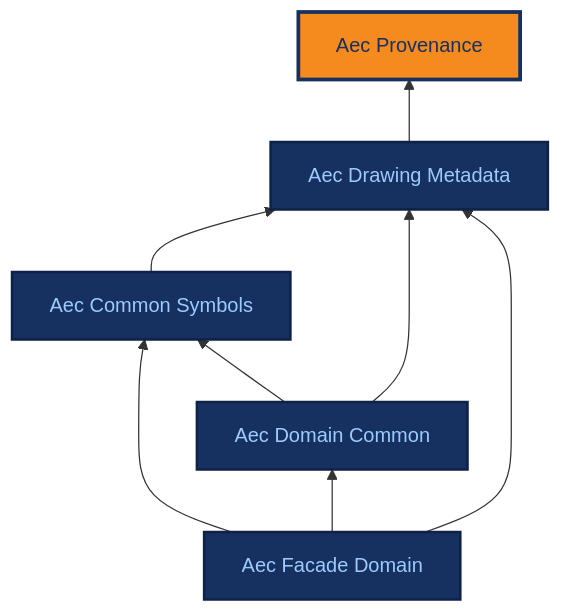
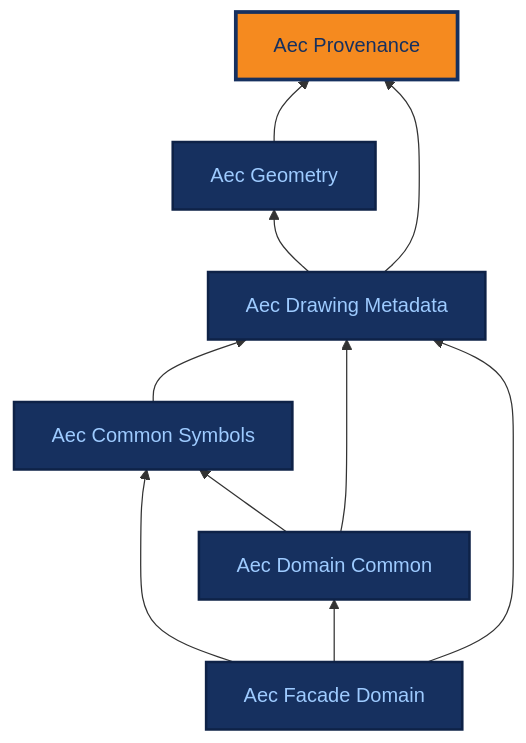
One commit to BuroHappoldMachineLearning/ADIRO changed the diagram in docs/ontologies/aec_provenance.md. Above: the diagram before and after it, drawn with Mermaid. The commit also changed other lines of this file and 24 other files, not shown here.

First line of the commit message:
feat(aec_geometry): new module - provenance-bearing BoundingBox + CoordinateFrame (#90)

````diff
--- a/docs/ontologies/aec_provenance.md
+++ b/docs/ontologies/aec_provenance.md
@@ -16,25 +16,29 @@
 ```mermaid
 %%{init: {"themeCSS": ".base .nodeLabel,.base .nodeLabel p,.base text,.base tspan{fill:#9ecbff !important;color:#9ecbff !important}.current .nodeLabel,.current .nodeLabel p,.current text,.current tspan{fill:#16305f !important;color:#16305f !important}"} }%%
 graph BT
     aec_provenance["Aec Provenance"]
+    aec_geometry["Aec Geometry"]
     aec_drawing_metadata["Aec Drawing Metadata"]
     aec_common_symbols["Aec Common Symbols"]
     aec_domain_common["Aec Domain Common"]
     aec_facade_domain["Aec Facade Domain"]
+    aec_geometry --> aec_provenance
+    aec_drawing_metadata --> aec_geometry
     aec_drawing_metadata --> aec_provenance
     aec_common_symbols --> aec_drawing_metadata
     aec_domain_common --> aec_common_symbols
     aec_domain_common --> aec_drawing_metadata
     aec_facade_domain --> aec_common_symbols
     aec_facade_domain --> aec_domain_common
     aec_facade_domain --> aec_drawing_metadata
     click aec_provenance "../aec_provenance/" "Aec Provenance reference page"
+    click aec_geometry "../aec_geometry/" "Aec Geometry reference page"
     click aec_drawing_metadata "../aec_drawing_metadata/" "Aec Drawing Metadata reference page"
     click aec_common_symbols "../aec_common_symbols/" "Aec Common Symbols reference page"
     click aec_domain_common "../aec_domain_common/" "Aec Domain Common reference page"
     click aec_facade_domain "../aec_facade_domain/" "Aec Facade Domain reference page"
     classDef base fill:#16305f,stroke:#0e2247,stroke-width:2px,color:#9ecbff;
-    class aec_drawing_metadata,aec_common_symbols,aec_domain_common,aec_facade_domain base;
+    class aec_geometry,aec_drawing_metadata,aec_common_symbols,aec_domain_common,aec_facade_domain base;
     classDef current fill:#f58a1f,stroke:#16305f,stroke-width:3px,color:#16305f;
     class aec_provenance current;
 ```
````
